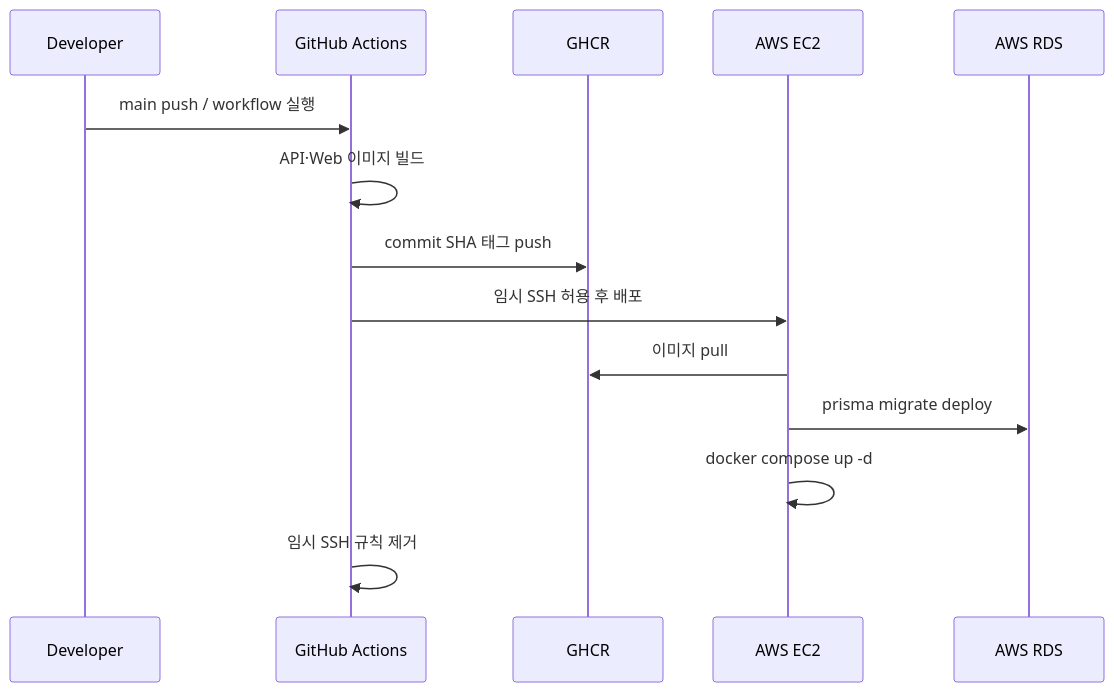
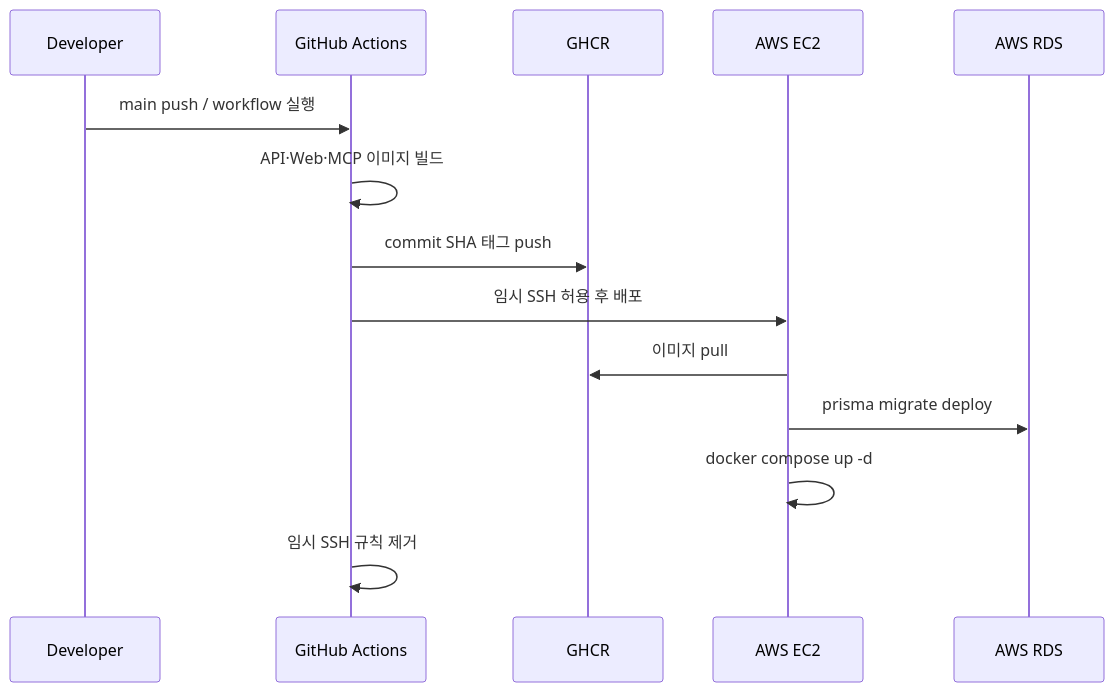
One commit to ITwoo/chat-ai-agent changed the fourth of 4 diagrams in README.md. Above: the diagram before and after it, drawn with Mermaid. The commit also changed other lines of this file, not shown here.

````diff
--- a/README.md
+++ b/README.md
@@ -399,17 +502,17 @@
 ```mermaid
 sequenceDiagram
     participant DEV as Developer
     participant GH as GitHub Actions
     participant CR as GHCR
     participant EC2 as AWS EC2
     participant RDS as AWS RDS
 
     DEV->>GH: main push / workflow 실행
-    GH->>GH: API·Web 이미지 빌드
+    GH->>GH: API·Web·MCP 이미지 빌드
     GH->>CR: commit SHA 태그 push
     GH->>EC2: 임시 SSH 허용 후 배포
     EC2->>CR: 이미지 pull
     EC2->>RDS: prisma migrate deploy
     EC2->>EC2: docker compose up -d
     GH->>GH: 임시 SSH 규칙 제거
 ```
````
